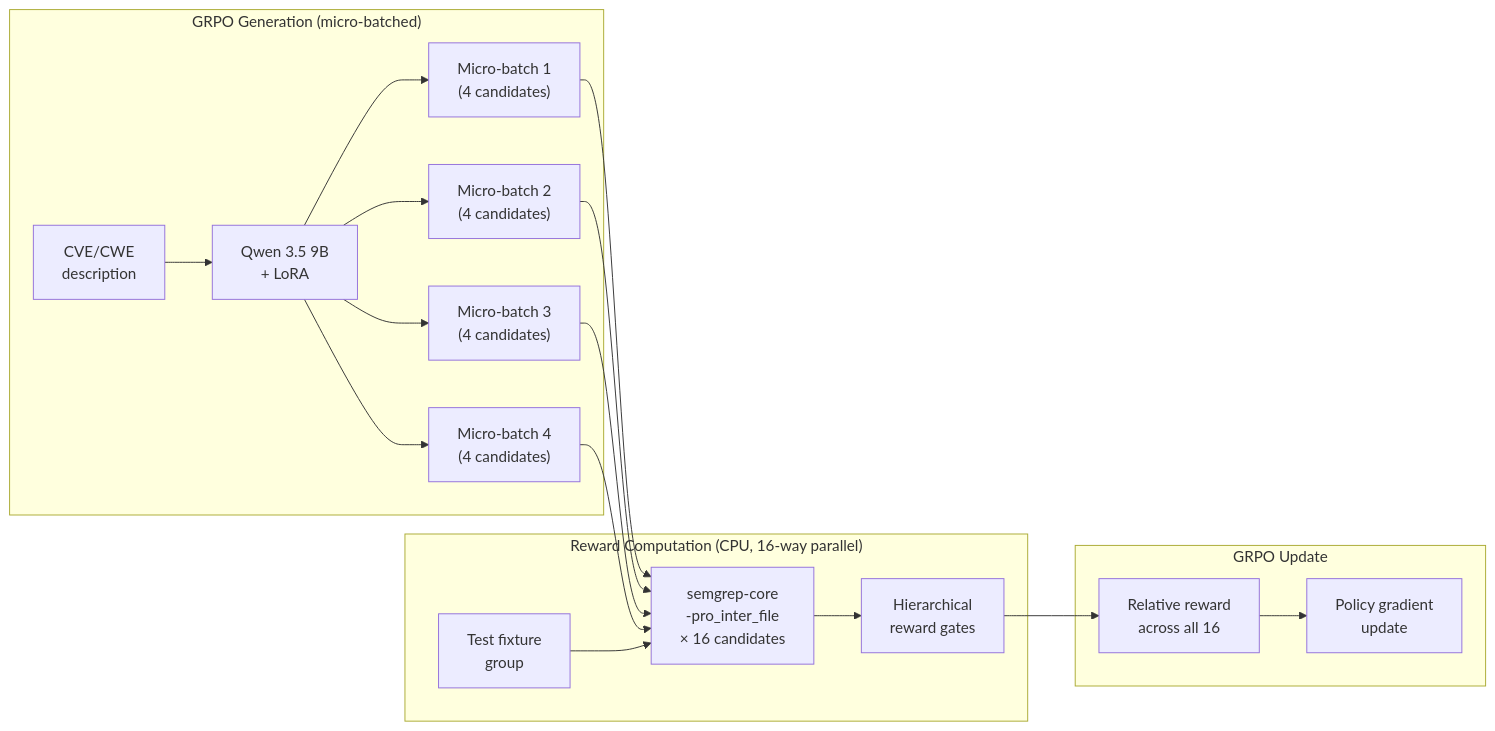
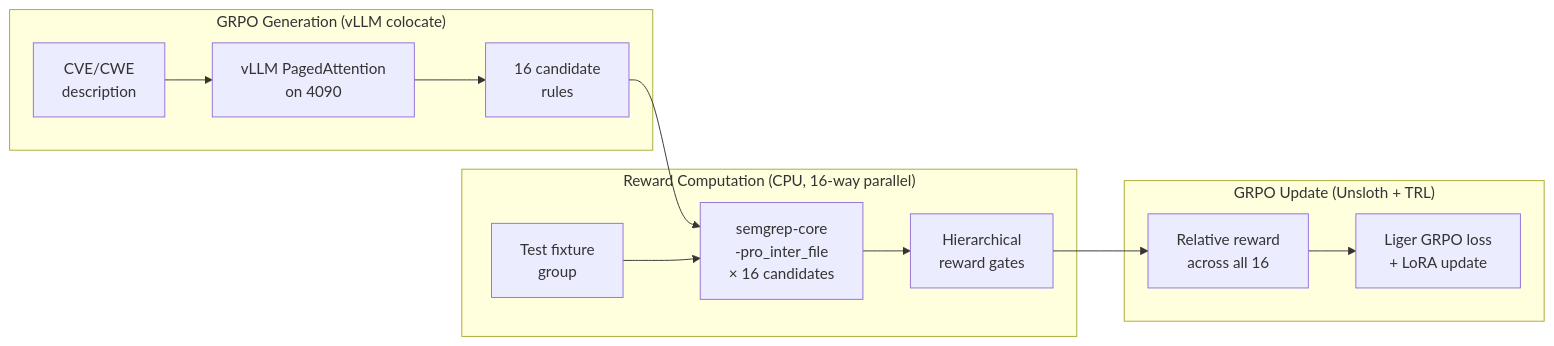
One commit to jomcgi/homelab changed the second of 2 diagrams in docs/decisions/security/002-semgrep-rule-generation-rl.md. Above: the diagram before and after it, drawn with Mermaid. The commit also changed other lines of this file, not shown here.

````diff
--- a/docs/decisions/security/002-semgrep-rule-generation-rl.md
+++ b/docs/decisions/security/002-semgrep-rule-generation-rl.md
@@ -266,21 +266,18 @@
 ```mermaid
 graph LR
-    subgraph "GRPO Generation (micro-batched)"
-        PROMPT["CVE/CWE<br/>description"] --> MODEL["Qwen 3.5 9B<br/>+ LoRA"]
-        MODEL --> MB1["Micro-batch 1<br/>(4 candidates)"]
-        MODEL --> MB2["Micro-batch 2<br/>(4 candidates)"]
-        MODEL --> MB3["Micro-batch 3<br/>(4 candidates)"]
-        MODEL --> MB4["Micro-batch 4<br/>(4 candidates)"]
+    subgraph "GRPO Generation (vLLM colocate)"
+        PROMPT["CVE/CWE<br/>description"] --> VLLM["vLLM PagedAttention<br/>on 4090"]
+        VLLM --> CANDS["16 candidate<br/>rules"]
     end
 
     subgraph "Reward Computation (CPU, 16-way parallel)"
-        MB1 & MB2 & MB3 & MB4 --> EXEC["semgrep-core<br/>-pro_inter_file<br/>× 16 candidates"]
+        CANDS --> EXEC["semgrep-core<br/>-pro_inter_file<br/>× 16 candidates"]
         FIXTURES["Test fixture<br/>group"] --> EXEC
         EXEC --> GATE["Hierarchical<br/>reward gates"]
     end
 
-    subgraph "GRPO Update"
+    subgraph "GRPO Update (Unsloth + TRL)"
         GATE --> REL["Relative reward<br/>across all 16"]
-        REL --> GRAD["Policy gradient<br/>update"]
+        REL --> GRAD["Liger GRPO loss<br/>+ LoRA update"]
     end
 ```
````
